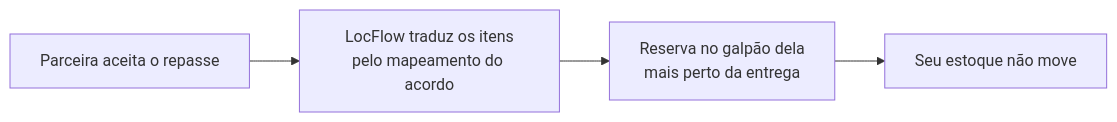
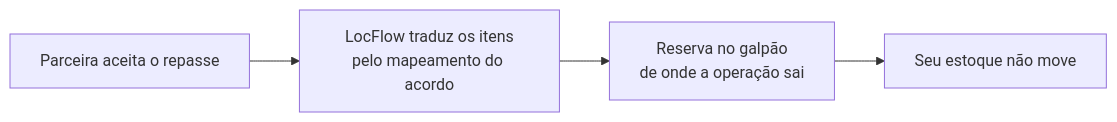
The diagram in parcerias/estoque-na-parceria.md (LocFlowTeam/locflow-docs), drawn with Mermaid before and after one commit. The commit also changed other lines of this file and 18 other files, not shown here.

````diff
--- a/parcerias/estoque-na-parceria.md
+++ b/parcerias/estoque-na-parceria.md
@@ -18,6 +18,6 @@
 ```mermaid
 flowchart LR
     A[Parceira aceita o repasse] --> B[LocFlow traduz os itens<br/>pelo mapeamento do acordo]
-    B --> C[Reserva no galpão dela<br/>mais perto da entrega]
+    B --> C[Reserva no galpão<br/>de onde a operação sai]
     C --> D[Seu estoque não move]
 ```
````
